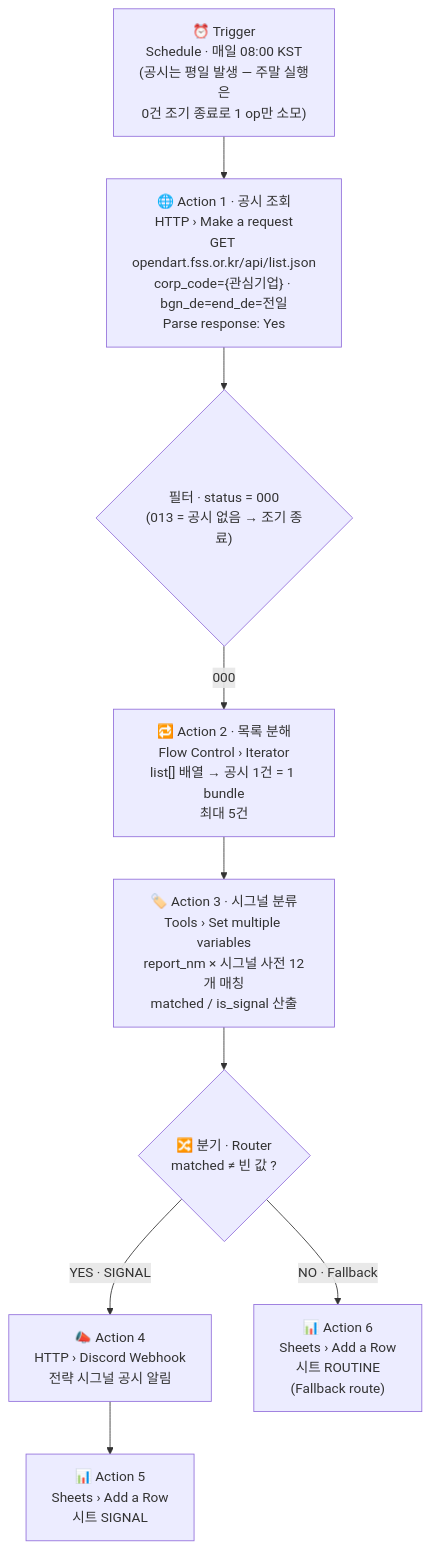
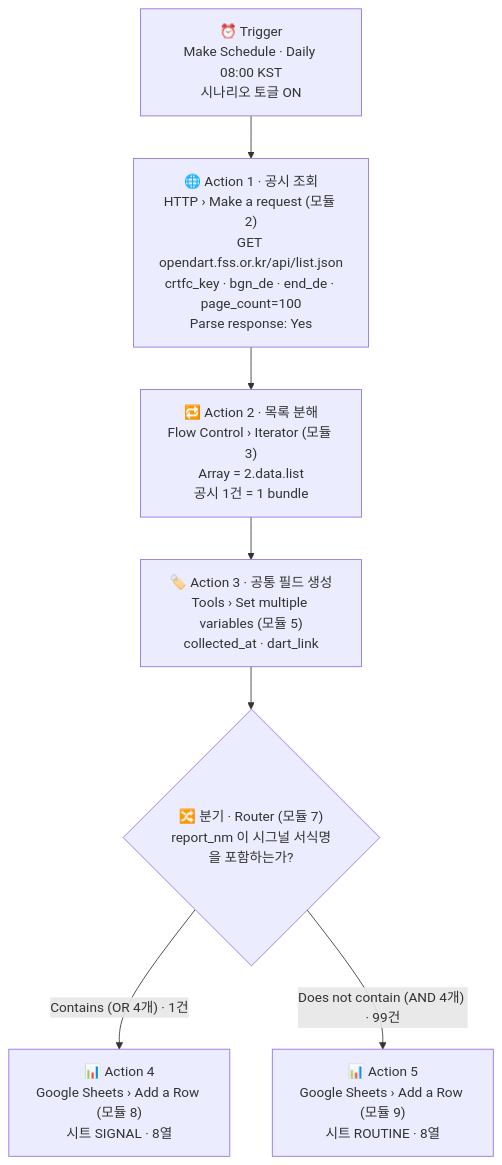
Before and after one commit to Sungtae10/codyssey-b1-3-nocode-automation: the diagram in docs/05_project2_design.md, drawn with Mermaid. The commit also changed other lines of this file and 13 other files, not shown here.

````diff
--- a/docs/05_project2_design.md
+++ b/docs/05_project2_design.md
@@ -109,17 +113,14 @@
 ```mermaid
 flowchart TD
-    A["⏰ Trigger<br/>Schedule · 매일 08:00 KST<br/>(공시는 평일 발생 — 주말 실행은<br/>0건 조기 종료로 1 op만 소모)"]
-    B["🌐 Action 1 · 공시 조회<br/>HTTP › Make a request<br/>GET opendart.fss.or.kr/api/list.json<br/>corp_code={관심기업} · bgn_de=end_de=전일<br/>Parse response: Yes"]
-    C{"필터 · status = 000<br/>(013 = 공시 없음 → 조기 종료)"}
-    D["🔁 Action 2 · 목록 분해<br/>Flow Control › Iterator<br/>list[] 배열 → 공시 1건 = 1 bundle<br/>최대 5건"]
-    E["🏷️ Action 3 · 시그널 분류<br/>Tools › Set multiple variables<br/>report_nm × 시그널 사전 12개 매칭<br/>matched / is_signal 산출"]
-    F{"🔀 분기 · Router<br/>matched ≠ 빈 값 ?"}
-    G["📣 Action 4<br/>HTTP › Discord Webhook<br/>전략 시그널 공시 알림"]
-    H["📊 Action 5<br/>Sheets › Add a Row<br/>시트 SIGNAL"]
-    I["📊 Action 6<br/>Sheets › Add a Row<br/>시트 ROUTINE<br/>(Fallback route)"]
+    A["⏰ Trigger<br/>Make Schedule · Daily 08:00 KST<br/>시나리오 토글 ON"]
+    B["🌐 Action 1 · 공시 조회<br/>HTTP › Make a request (모듈 2)<br/>GET opendart.fss.or.kr/api/list.json<br/>crtfc_key · bgn_de · end_de · page_count=100<br/>Parse response: Yes"]
+    C["🔁 Action 2 · 목록 분해<br/>Flow Control › Iterator (모듈 3)<br/>Array = 2.data.list<br/>공시 1건 = 1 bundle"]
+    D["🏷️ Action 3 · 공통 필드 생성<br/>Tools › Set multiple variables (모듈 5)<br/>collected_at · dart_link"]
+    E{"🔀 분기 · Router (모듈 7)<br/>report_nm 이 시그널 서식명을 포함하는가?"}
+    F["📊 Action 4<br/>Google Sheets › Add a Row (모듈 8)<br/>시트 SIGNAL · 8열"]
+    G["📊 Action 5<br/>Google Sheets › Add a Row (모듈 9)<br/>시트 ROUTINE · 8열"]
 
-    A --> B --> C
-    C -->|"000"| D --> E --> F
-    F -->|"YES · SIGNAL"| G --> H
-    F -->|"NO · Fallback"| I
+    A --> B --> C --> D --> E
+    E -->|"Contains (OR 4개) · 1건"| F
+    E -->|"Does not contain (AND 4개) · 99건"| G
 ```
````
